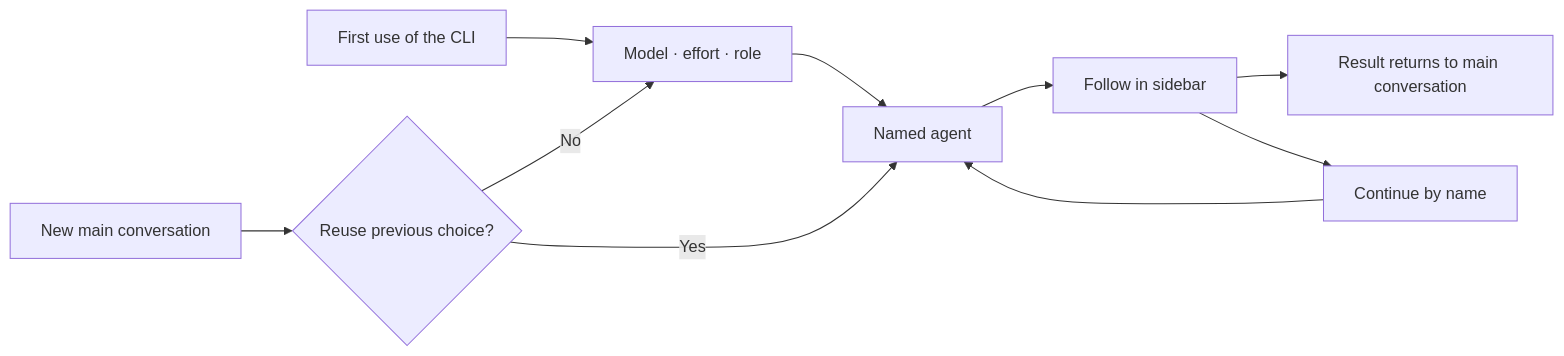
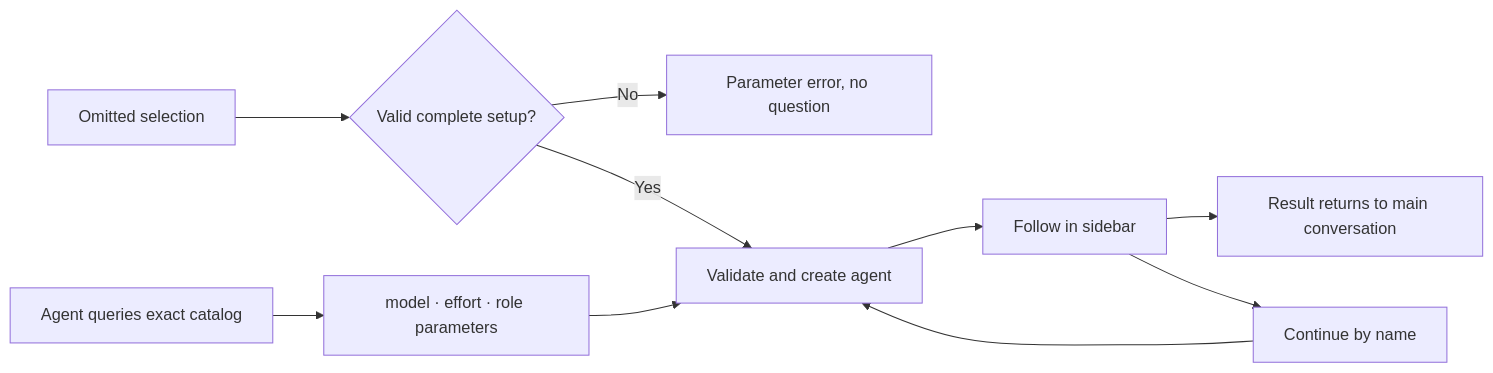
Before and after one commit to TMYTiMidlY/dsh-cliworker-now: the diagram in README.en.md, drawn with Mermaid. The commit also changed other lines of this file and 197 other files, not shown here.

````diff
--- a/README.en.md
+++ b/README.en.md
@@ -130,12 +138,12 @@
 ```mermaid
 flowchart LR
-    A[First use of the CLI] --> B[Model · effort · role]
-    N[New main conversation] --> Q{Reuse previous choice?}
-    Q -->|No| B
-    Q -->|Yes| C[Named agent]
+    A[Agent queries exact catalog] --> B[model · effort · role parameters]
+    N[Omitted selection] --> Q{Valid complete setup?}
+    Q -->|No| R[Parameter error, no question]
+    Q -->|Yes| C[Validate and create agent]
     B --> C
     C --> D[Follow in sidebar]
     D --> E[Result returns to main conversation]
     D --> F[Continue by name]
     F --> C
 ```
````
